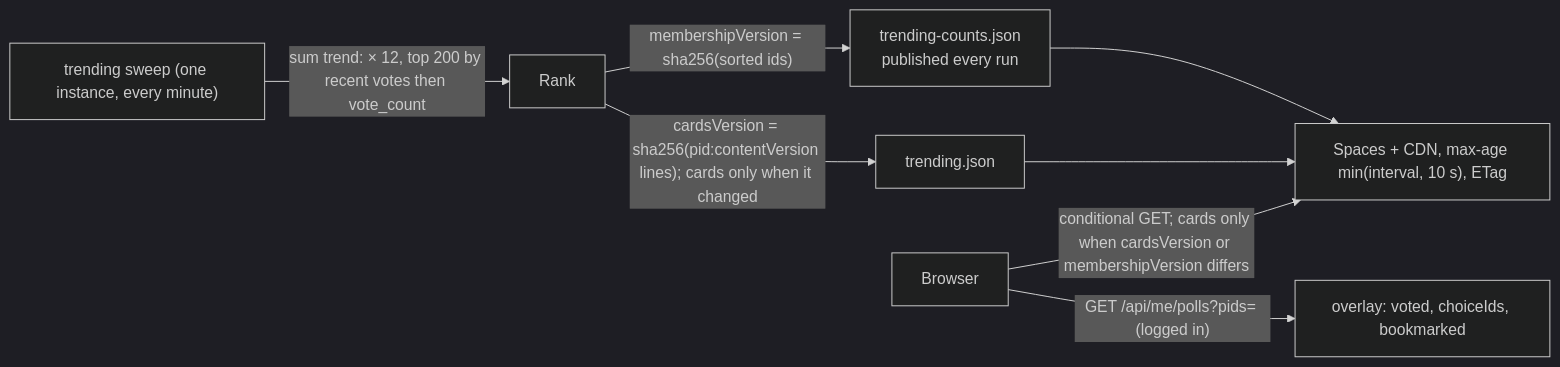
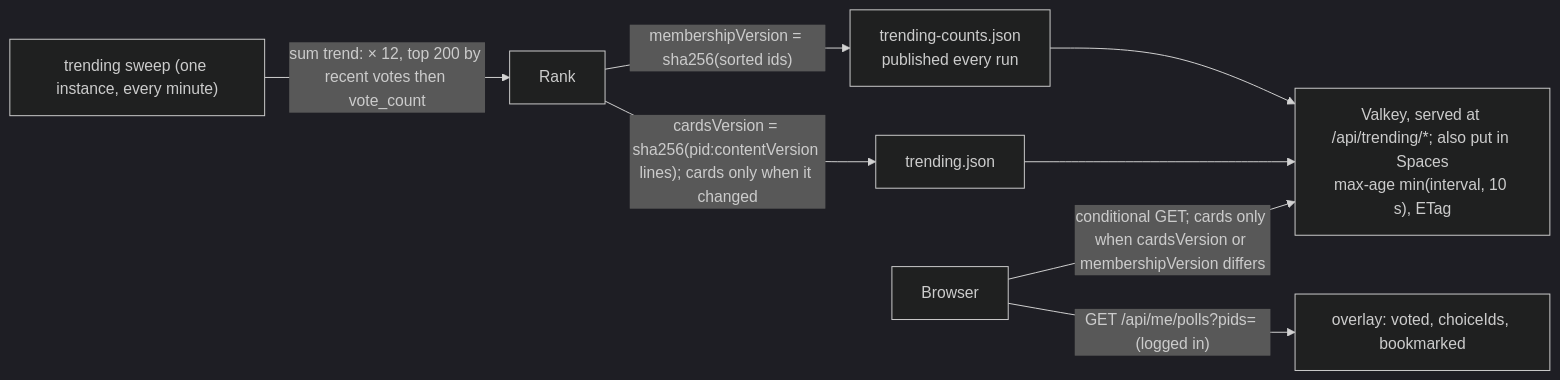
The eighth of 19 diagrams in ARCHITECTURE.md (roadraceresults/crowdpoll), drawn with Mermaid (dark theme) before and after one commit. The commit also changed other lines of this file and 5 other files, not shown here.

First line of the commit message:
TWEAK01: Trending and Newest are read from /api/trending, also with Spaces

````diff
--- a/ARCHITECTURE.md
+++ b/ARCHITECTURE.md
@@ -518,10 +520,10 @@
 ```mermaid
 flowchart LR
   Sweep["trending sweep (one instance, every minute)"]
   Sweep -- "sum trend:<bucket> × 12, top 200 by recent votes then vote_count" --> Rank
   Rank -- "membershipVersion = sha256(sorted ids)" --> Counts["trending-counts.json<br/>published every run"]
   Rank -- "cardsVersion = sha256(pid:contentVersion lines); cards only when it changed" --> Cards["trending.json"]
-  Counts & Cards --> CDN["Spaces + CDN, max-age min(interval, 10 s), ETag"]
-  Browser -- "conditional GET; cards only when cardsVersion or membershipVersion differs" --> CDN
+  Counts & Cards --> Store["Valkey, served at /api/trending/*; also put in Spaces<br/>max-age min(interval, 10 s), ETag"]
+  Browser -- "conditional GET; cards only when cardsVersion or membershipVersion differs" --> Store
   Browser -- "GET /api/me/polls?pids= (logged in)" --> Overlay["overlay: voted, choiceIds, bookmarked"]
 ```
````
